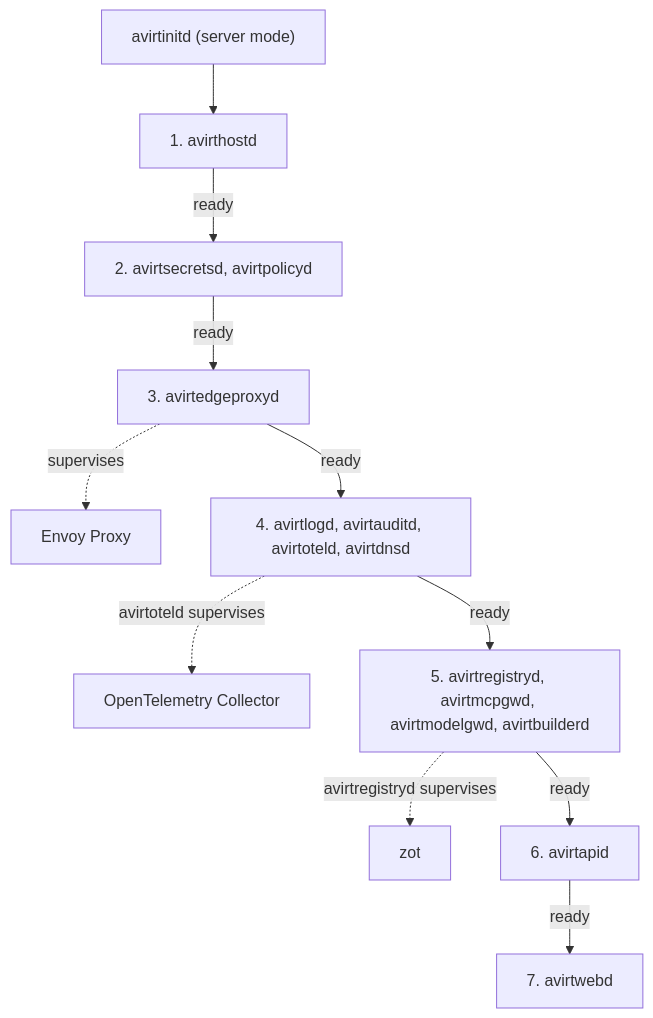
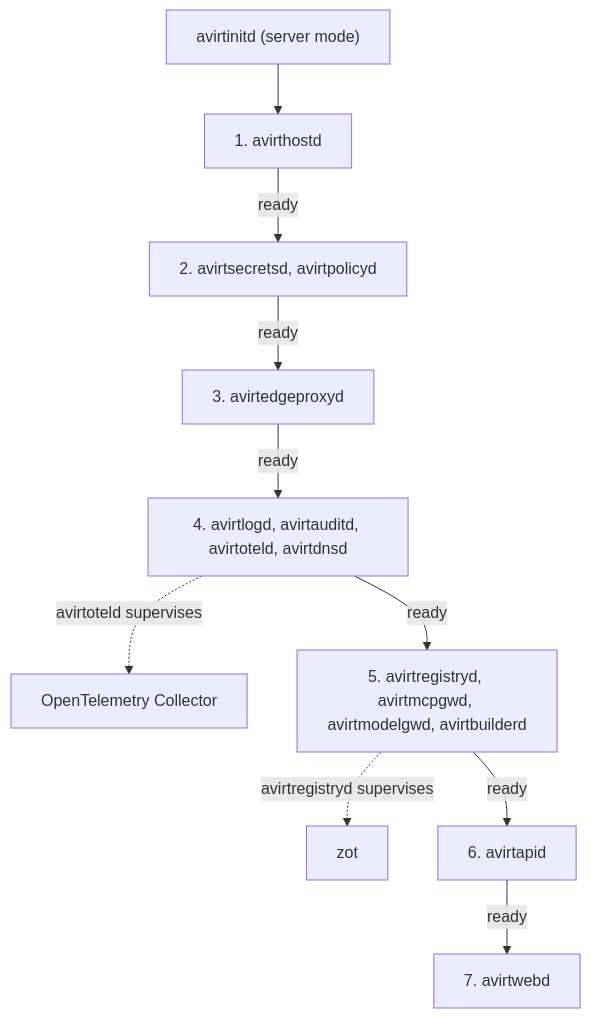
One commit to tbhb-dev/avirt changed the fourth of 4 diagrams in docs/components.md. Above: the diagram before and after it, drawn with Mermaid. The commit also changed other lines of this file and 116 other files, not shown here.

````diff
--- a/docs/components.md
+++ b/docs/components.md
@@ -320,24 +292,22 @@
 ```mermaid
 flowchart TD
     init["avirtinitd (server mode)"]
     hostd["1. avirthostd"]
     s2["2. avirtsecretsd, avirtpolicyd"]
     fd["3. avirtedgeproxyd"]
-    fdenvoy["Envoy Proxy"]
     s4["4. avirtlogd, avirtauditd, avirtoteld, avirtdnsd"]
     col["OpenTelemetry Collector"]
     s5["5. avirtregistryd, avirtmcpgwd, avirtmodelgwd, avirtbuilderd"]
     zot["zot"]
     apid["6. avirtapid"]
     webd["7. avirtwebd"]
     init --> hostd
     hostd -->|"ready"| s2
     s2 -->|"ready"| fd
-    fd -.->|"supervises"| fdenvoy
     fd -->|"ready"| s4
     s4 -.->|"avirtoteld supervises"| col
     s4 -->|"ready"| s5
     s5 -.->|"avirtregistryd supervises"| zot
     s5 -->|"ready"| apid
     apid -->|"ready"| webd
 ```
````
